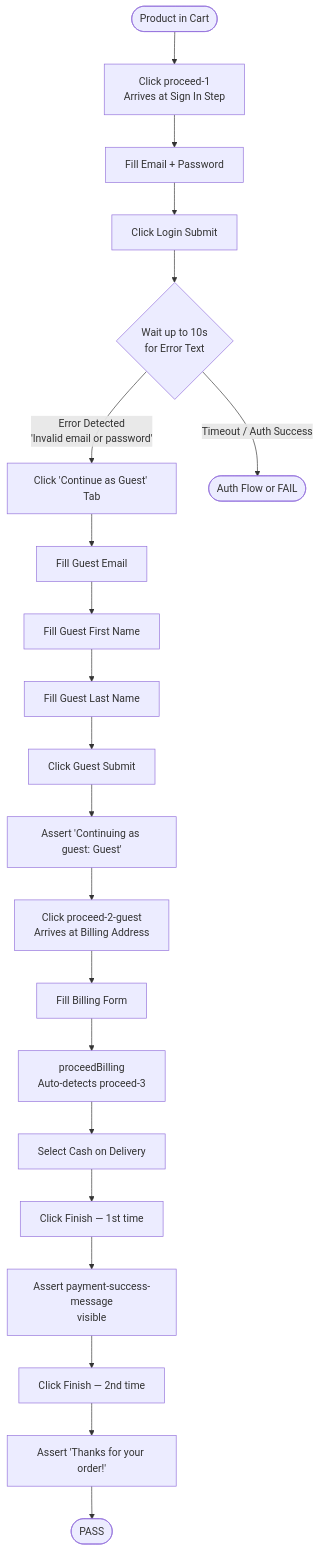
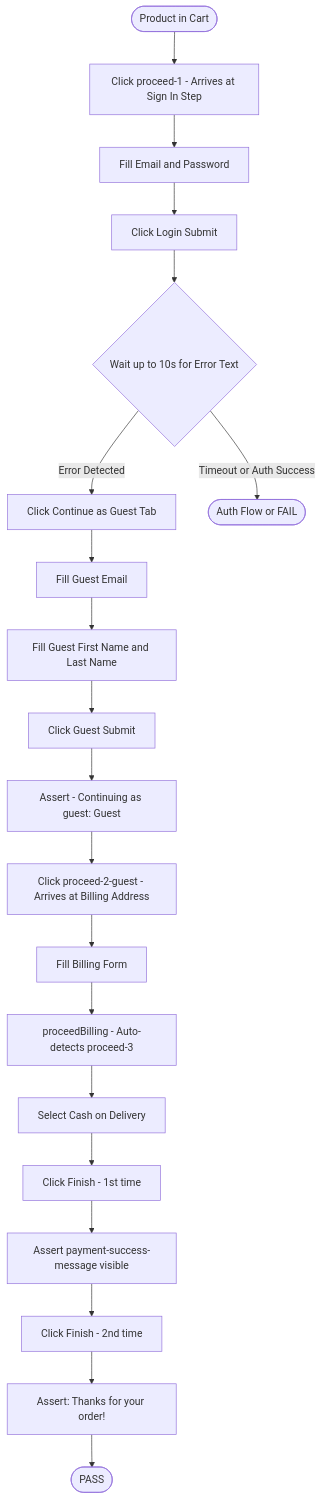
Before and after one commit to ron457/Cucumber-Test-Ophelia: diagram 11 of 15 in rchitecture.md, drawn with Mermaid. The commit also changed other lines of this file, not shown here.

````diff
--- a/rchitecture.md
+++ b/rchitecture.md
@@ -288,23 +284,22 @@
 ```mermaid
 flowchart TD
-    A([Product in Cart]) --> B[Click proceed-1\nArrives at Sign In Step]
-    B --> C[Fill Email + Password]
+    A([Product in Cart]) --> B["Click proceed-1 - Arrives at Sign In Step"]
+    B --> C[Fill Email and Password]
     C --> D[Click Login Submit]
-    D --> E{Wait up to 10s\nfor Error Text}
-    E -->|Error Detected\n'Invalid email or password'| F[Click 'Continue as Guest' Tab]
-    E -->|Timeout / Auth Success| G([Auth Flow or FAIL])
+    D --> E{Wait up to 10s for Error Text}
+    E -->|Error Detected| F["Click Continue as Guest Tab"]
+    E -->|Timeout or Auth Success| G([Auth Flow or FAIL])
     F --> H[Fill Guest Email]
-    H --> I[Fill Guest First Name]
-    I --> J[Fill Guest Last Name]
-    J --> K[Click Guest Submit]
-    K --> L[Assert 'Continuing as guest: Guest']
-    L --> M[Click proceed-2-guest\nArrives at Billing Address]
-    M --> N[Fill Billing Form]
-    N --> O[proceedBilling\nAuto-detects proceed-3]
-    O --> P[Select Cash on Delivery]
-    P --> Q[Click Finish — 1st time]
-    Q --> R[Assert payment-success-message\nvisible]
-    R --> S[Click Finish — 2nd time]
-    S --> T[Assert 'Thanks for your order!']
-    T --> U([PASS])
+    H --> I[Fill Guest First Name and Last Name]
+    I --> J[Click Guest Submit]
+    J --> K["Assert - Continuing as guest: Guest"]
+    K --> L["Click proceed-2-guest - Arrives at Billing Address"]
+    L --> M[Fill Billing Form]
+    M --> N["proceedBilling - Auto-detects proceed-3"]
+    N --> O[Select Cash on Delivery]
+    O --> P[Click Finish - 1st time]
+    P --> Q[Assert payment-success-message visible]
+    Q --> R[Click Finish - 2nd time]
+    R --> S["Assert: Thanks for your order!"]
+    S --> T([PASS])
 ```
````
